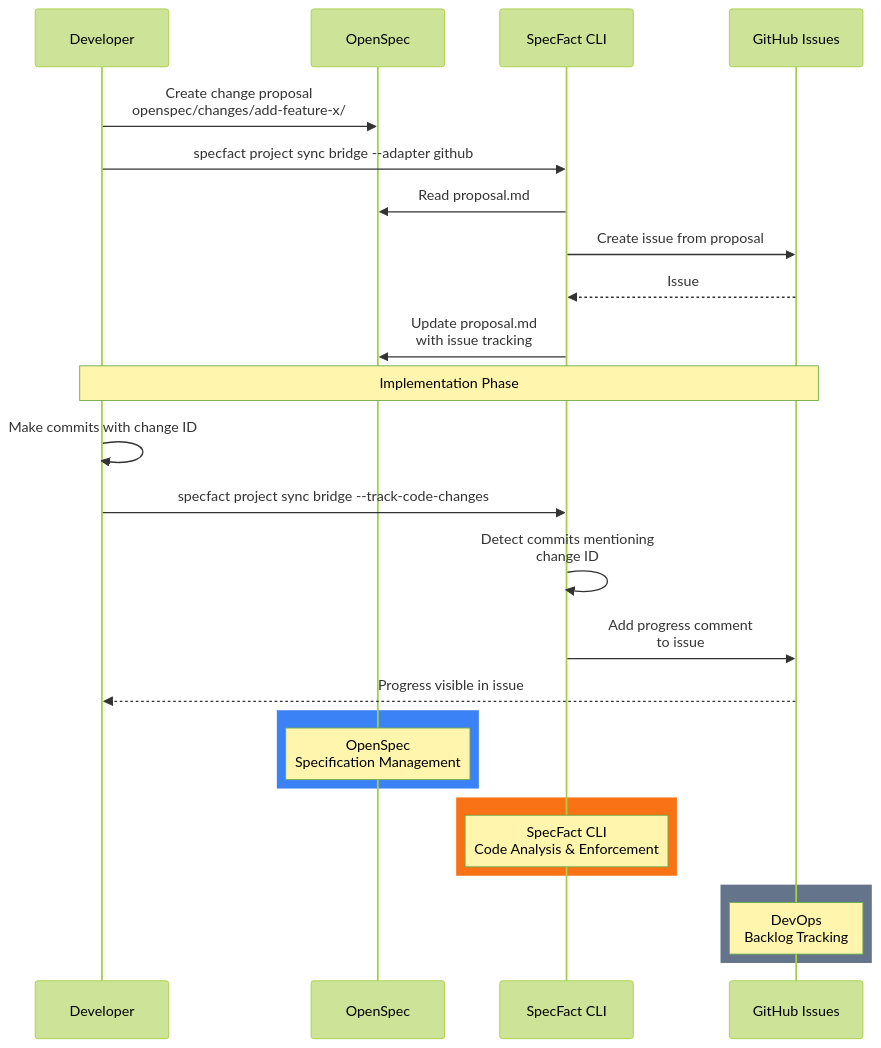
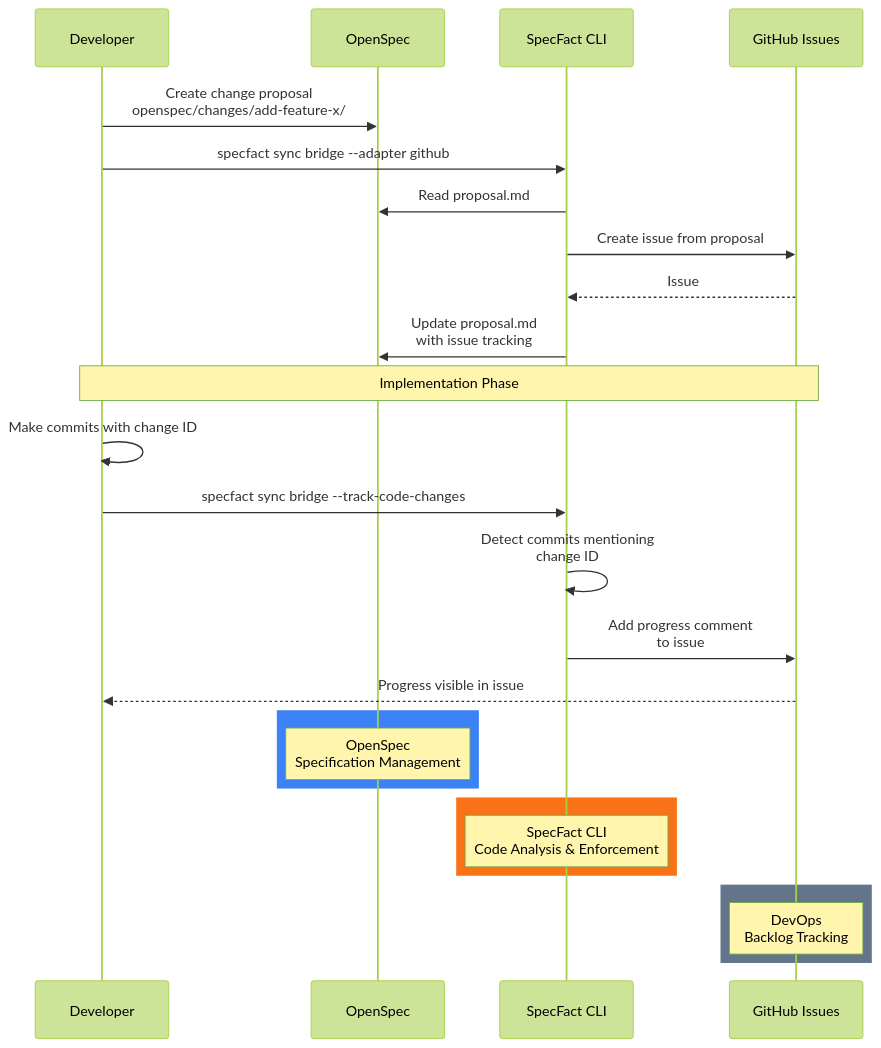
Before and after one commit to nold-ai/specfact-cli-modules: the second of 5 diagrams in docs/guides/openspec-journey.md, drawn with Mermaid (forest theme). The commit also changed other lines of this file and 85 other files, not shown here.

````diff
--- a/docs/guides/openspec-journey.md
+++ b/docs/guides/openspec-journey.md
@@ -162,34 +162,34 @@
 ```mermaid
 sequenceDiagram
     participant Dev as Developer
     participant OS as OpenSpec
     participant SF as SpecFact CLI
     participant GH as GitHub Issues
     
     Dev->>OS: Create change proposal<br/>openspec/changes/add-feature-x/
-    Dev->>SF: specfact project sync bridge --adapter github
+    Dev->>SF: specfact sync bridge --adapter github
     SF->>OS: Read proposal.md
     SF->>GH: Create issue from proposal
     GH-->>SF: Issue #123 created
     SF->>OS: Update proposal.md<br/>with issue tracking
     
     Note over Dev,GH: Implementation Phase
     
     Dev->>Dev: Make commits with change ID
-    Dev->>SF: specfact project sync bridge --track-code-changes
+    Dev->>SF: specfact sync bridge --track-code-changes
     SF->>SF: Detect commits mentioning<br/>change ID
     SF->>GH: Add progress comment<br/>to issue #123
     GH-->>Dev: Progress visible in issue
     
     rect rgb(59, 130, 246)
     Note over OS: OpenSpec<br/>Specification Management
     end
     
     rect rgb(249, 115, 22)
     Note over SF: SpecFact CLI<br/>Code Analysis & Enforcement
     end
     
     rect rgb(100, 116, 139)
     Note over GH: DevOps<br/>Backlog Tracking
     end
 ```
````
